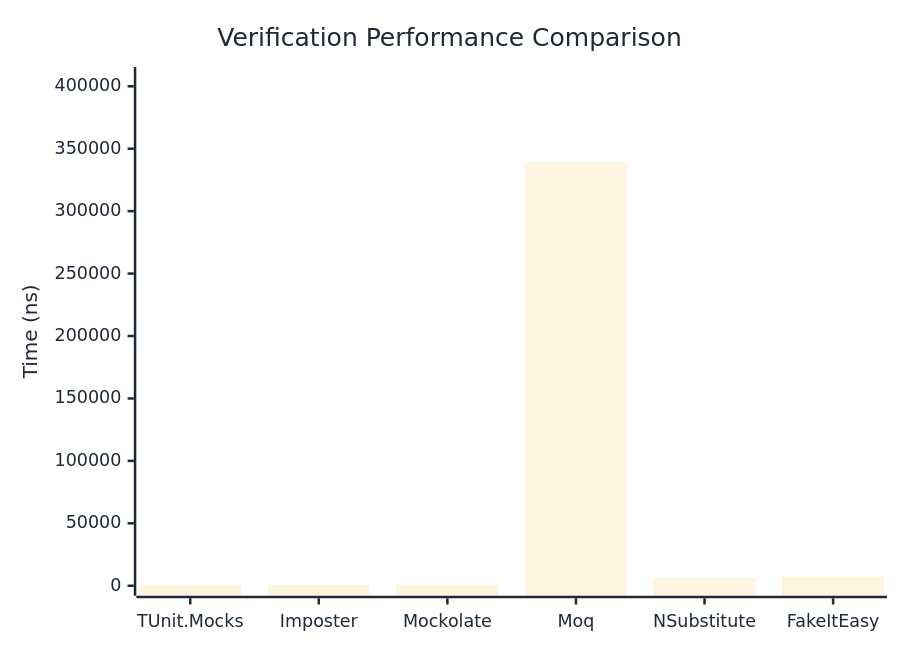
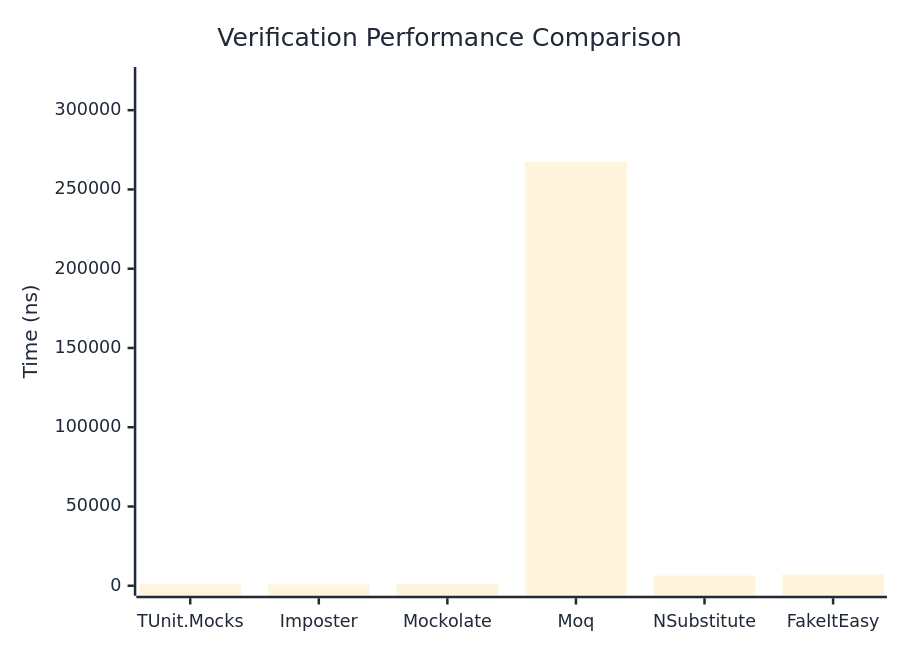
One commit to thomhurst/TUnit changed the first of 3 diagrams in docs/docs/benchmarks/mocks/Verification.md. Above: the diagram before and after it, drawn with Mermaid. The commit also changed other lines of this file and 14 other files, not shown here.

````diff
--- a/docs/docs/benchmarks/mocks/Verification.md
+++ b/docs/docs/benchmarks/mocks/Verification.md
@@ -28,27 +28,27 @@
 ```mermaid
 %%{init: {
   'theme':'base',
   'themeVariables': {
     'primaryColor': '#2563eb',
     'primaryTextColor': '#1f2937',
     'primaryBorderColor': '#1e40af',
     'lineColor': '#6b7280',
     'secondaryColor': '#7c3aed',
     'tertiaryColor': '#dc2626',
     'background': '#ffffff',
     'pie1': '#2563eb',
     'pie2': '#7c3aed',
     'pie3': '#dc2626',
     'pie4': '#f59e0b',
     'pie5': '#10b981',
     'pie6': '#06b6d4',
     'pie7': '#ec4899',
     'pie8': '#6366f1'
   }
 }}%%
 xychart-beta
   title "Verification Performance Comparison"
   x-axis ["TUnit.Mocks", "Imposter", "Mockolate", "Moq", "NSubstitute", "FakeItEasy"]
-  y-axis "Time (ns)" 0 --> 407428
-  bar [765.46, 678.71, 913.08, 339523.1, 6175.52, 7269.62]
+  y-axis "Time (ns)" 0 --> 320927
+  bar [922.6, 844.24, 1053.7, 267438.83, 6451.74, 7110.46]
 ```
````
